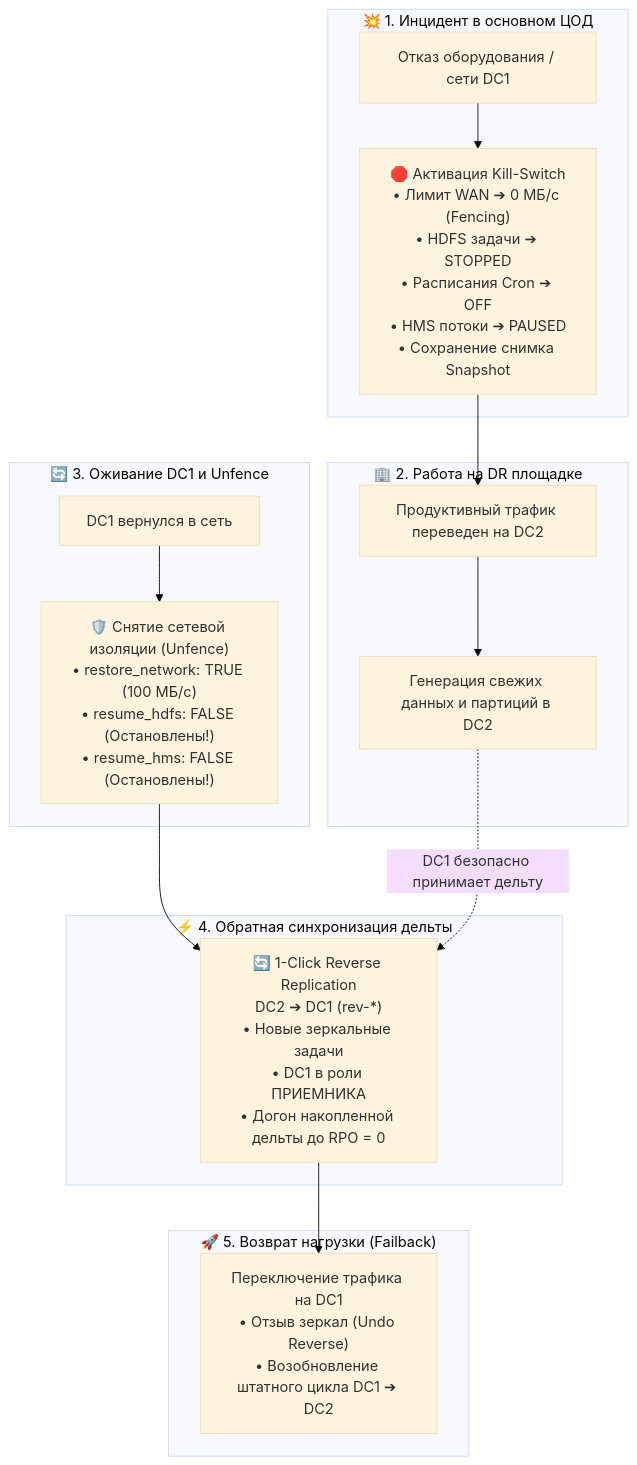
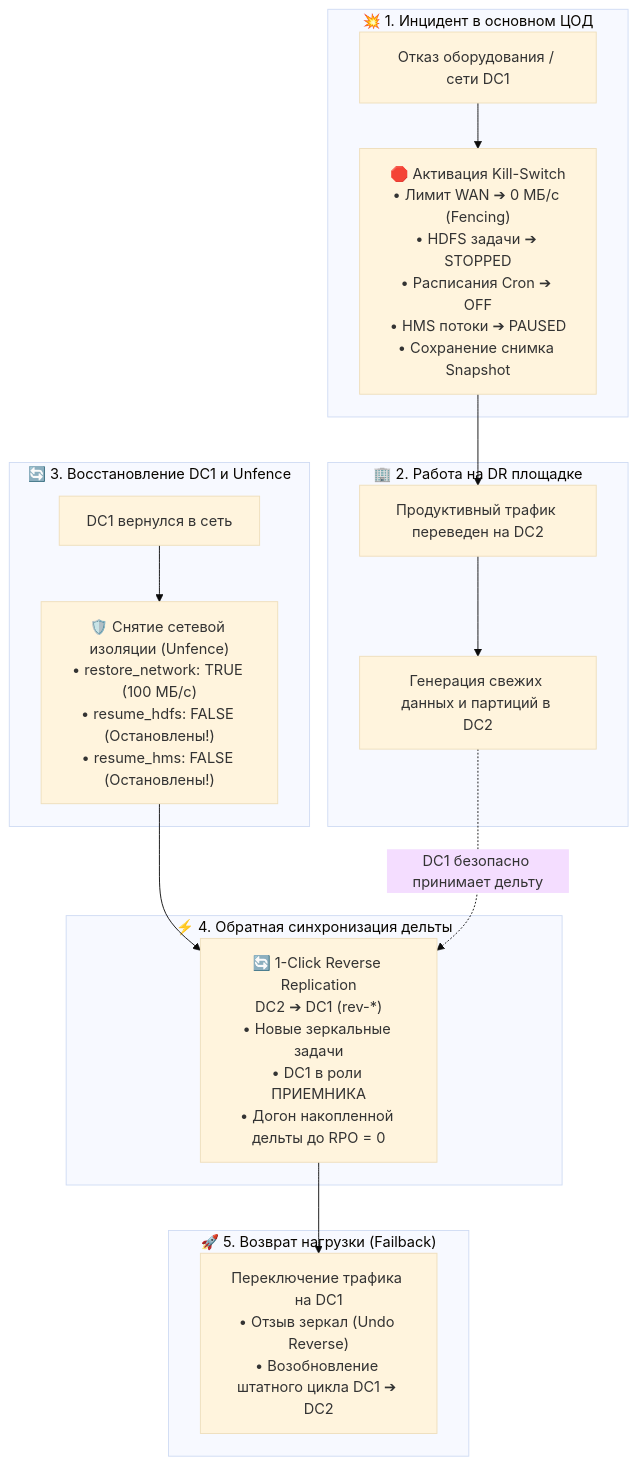
The diagram in docs/replicator-disaster-recovery-guide.md (balookrd/hadoop-explorer), drawn with Mermaid (base theme) before and after one commit. The commit also changed other lines of this file and 10 other files, not shown here.

````diff
--- a/docs/replicator-disaster-recovery-guide.md
+++ b/docs/replicator-disaster-recovery-guide.md
@@ -38,32 +38,32 @@
 ```mermaid
 flowchart TD
     subgraph Incident["💥 1. Инцидент в основном ЦОД"]
         Crash["Отказ оборудования / сети DC1"]
         KillSwitch["🛑 Активация Kill-Switch<br/>• Лимит WAN ➔ 0 МБ/с (Fencing)<br/>• HDFS задачи ➔ STOPPED<br/>• Расписания Cron ➔ OFF<br/>• HMS потоки ➔ PAUSED<br/>• Сохранение снимка Snapshot"]
         Crash --> KillSwitch
     end
 
     subgraph DR["🏢 2. Работа на DR площадке"]
         Traffic["Продуктивный трафик переведен на DC2"]
         Delta["Генерация свежих данных и партиций в DC2"]
         KillSwitch --> Traffic --> Delta
     end
 
-    subgraph Recovery["🔄 3. Оживание DC1 и Unfence"]
+    subgraph Recovery["🔄 3. Восстановление DC1 и Unfence"]
         Alive["DC1 вернулся в сеть"]
         Unfence["🛡️ Снятие сетевой изоляции (Unfence)<br/>• restore_network: TRUE (100 МБ/с)<br/>• resume_hdfs: FALSE (Остановлены!)<br/>• resume_hms: FALSE (Остановлены!)"]
         Alive --> Unfence
     end
 
     subgraph Sync["⚡ 4. Обратная синхронизация дельты"]
         Reverse["🔄 1-Click Reverse Replication<br/>DC2 ➔ DC1 (rev-*)<br/>• Новые зеркальные задачи<br/>• DC1 в роли ПРИЕМНИКА<br/>• Догон накопленной дельты до RPO = 0"]
         Unfence --> Reverse
     end
 
     subgraph Failback["🚀 5. Возврат нагрузки (Failback)"]
         FB["Переключение трафика на DC1<br/>• Отзыв зеркал (Undo Reverse)<br/>• Возобновление штатного цикла DC1 ➔ DC2"]
         Reverse --> FB
     end
 
     Delta -.->|"DC1 безопасно принимает дельту"| Reverse
 ```
````
